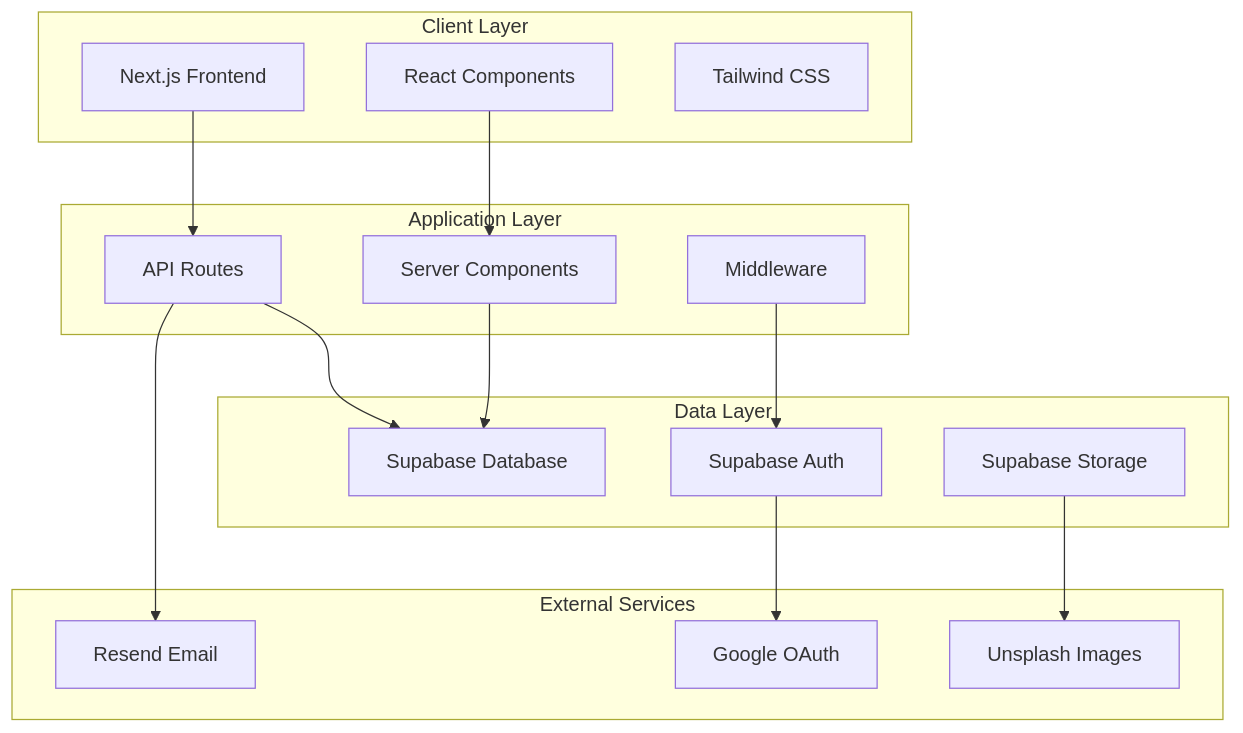
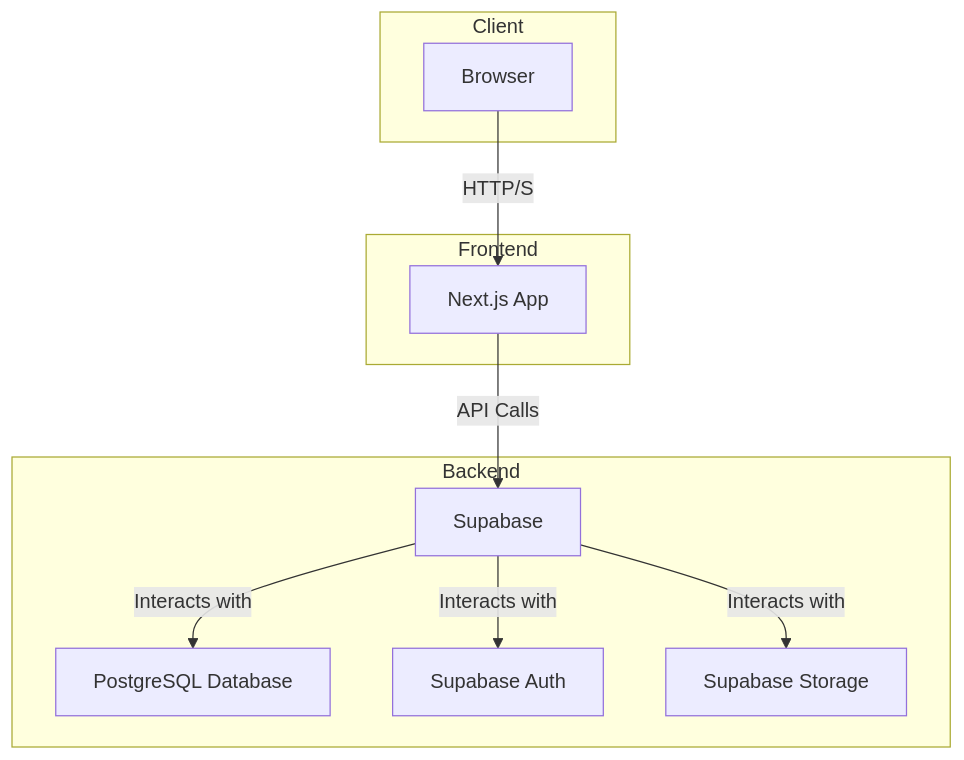
Before and after one commit to bk202042/platform: the first of 2 diagrams in CODEBASE_ANALYSIS.md, drawn with Mermaid. The commit also changed other lines of this file and 16 other files, not shown here.

````diff
--- a/CODEBASE_ANALYSIS.md
+++ b/CODEBASE_ANALYSIS.md
@@ -19,35 +35,23 @@
 ```mermaid
-graph TB
-    subgraph "Client Layer"
-        A[Next.js Frontend]
-        B[React Components]
-        C[Tailwind CSS]
+graph TD
+    subgraph "Client"
+        A[Browser]
     end
 
-    subgraph "Application Layer"
-        D[API Routes]
-        E[Server Components]
-        F[Middleware]
+    subgraph "Frontend"
+        B[Next.js App]
     end
 
-    subgraph "Data Layer"
-        G[Supabase Database]
-        H[Supabase Auth]
-        I[Supabase Storage]
+    subgraph "Backend"
+        C[Supabase]
+        D[PostgreSQL Database]
+        E[Supabase Auth]
+        F[Supabase Storage]
     end
 
-    subgraph "External Services"
-        J[Google OAuth]
-        K[Resend Email]
-        L[Unsplash Images]
-    end
-
-    A --> D
-    B --> E
-    D --> G
-    E --> G
-    F --> H
-    H --> J
-    D --> K
-    I --> L
+    A -- HTTP/S --> B
+    B -- API Calls --> C
+    C -- Interacts with --> D
+    C -- Interacts with --> E
+    C -- Interacts with --> F
 ```
````
